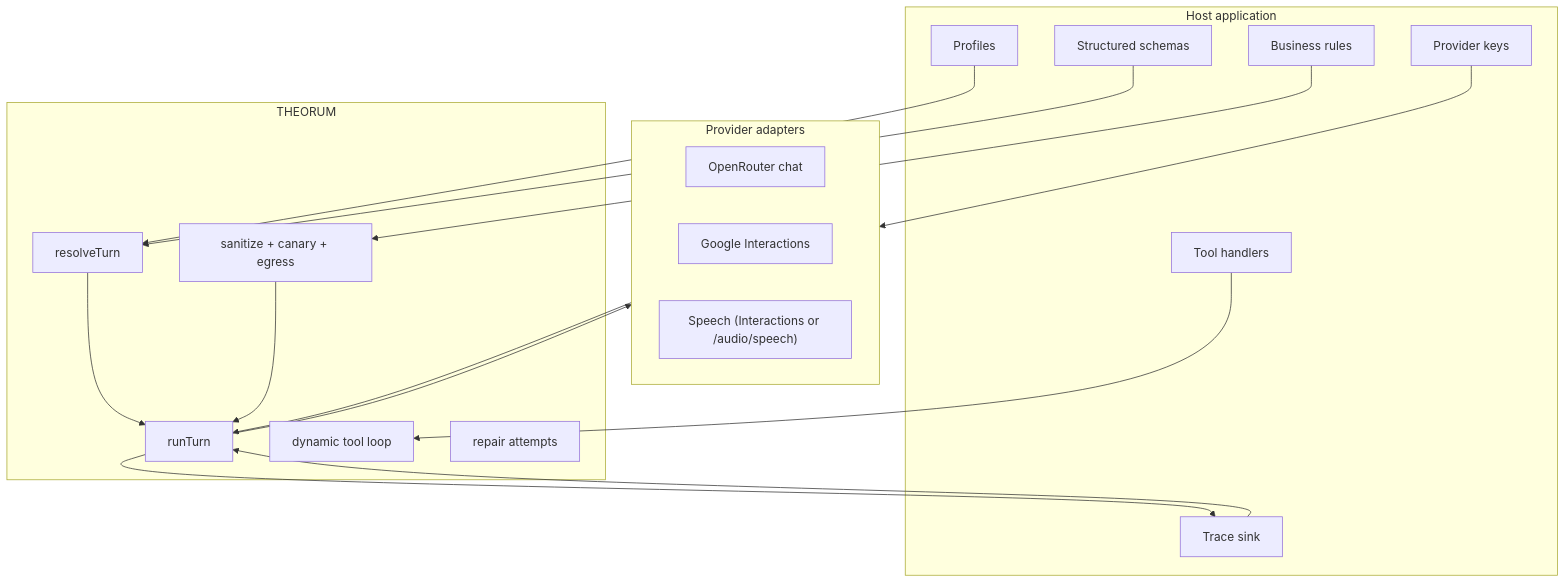
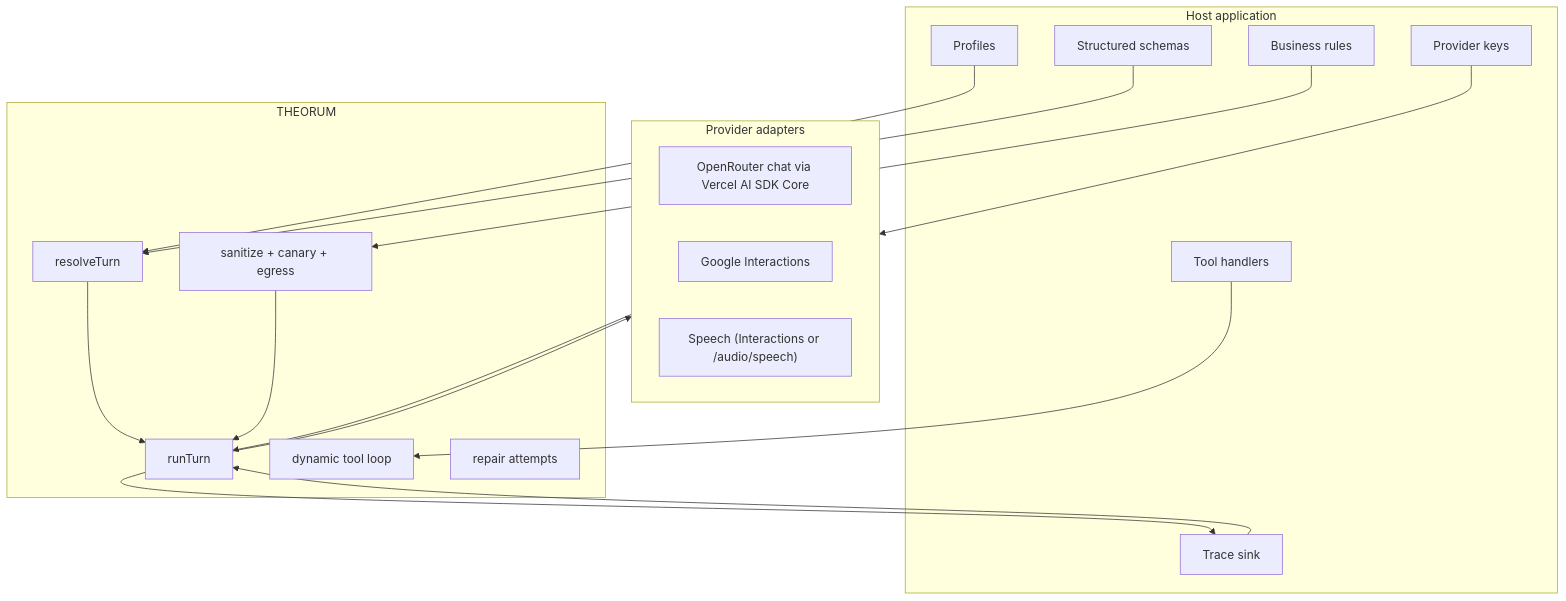
One commit to masudl-hub/theorum changed the first of 2 diagrams in README.md. Above: the diagram before and after it, drawn with Mermaid. The commit also changed other lines of this file and 1 other file, not shown here.

Commit message:
Update package docs for OpenRouter adapter

````diff
--- a/README.md
+++ b/README.md
@@ -45,37 +47,37 @@
 ```mermaid
 flowchart TD
     subgraph Host["Host application"]
         Profile["Profiles"]
         Schemas["Structured schemas"]
         Tools["Tool handlers"]
         Keys["Provider keys"]
         TraceSink["Trace sink"]
         Policy["Business rules"]
     end
 
     subgraph Kernel["THEORUM"]
         Resolve["resolveTurn"]
         Guard["sanitize + canary + egress"]
         Runner["runTurn"]
         ToolLoop["dynamic tool loop"]
         Repair["repair attempts"]
     end
 
     subgraph Providers["Provider adapters"]
-        OR["OpenRouter chat"]
+        OR["OpenRouter chat via Vercel AI SDK Core"]
         GI["Google Interactions"]
         Speech["Speech (Interactions or /audio/speech)"]
     end
 
     Profile --> Resolve
     Schemas --> Resolve
     Tools --> ToolLoop
     Keys --> Providers
     TraceSink --> Runner
     Policy --> Guard
     Resolve --> Runner
     Guard --> Runner
     Runner --> Providers
     Providers --> Runner
     Runner --> TraceSink
 ```
````
